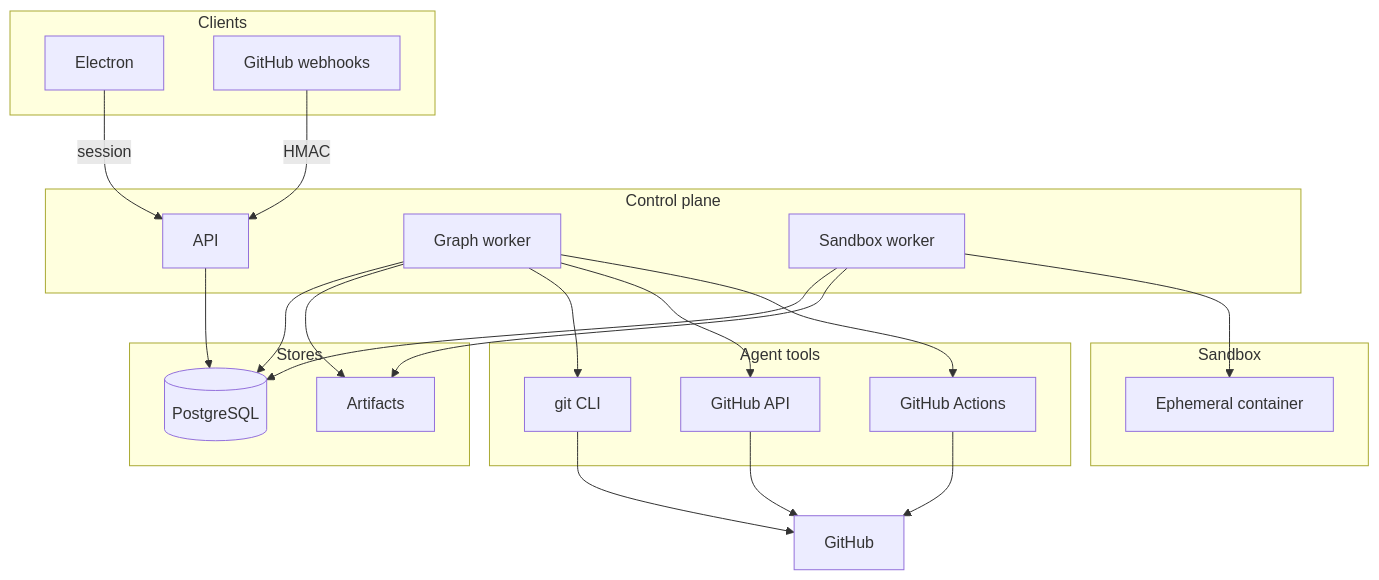
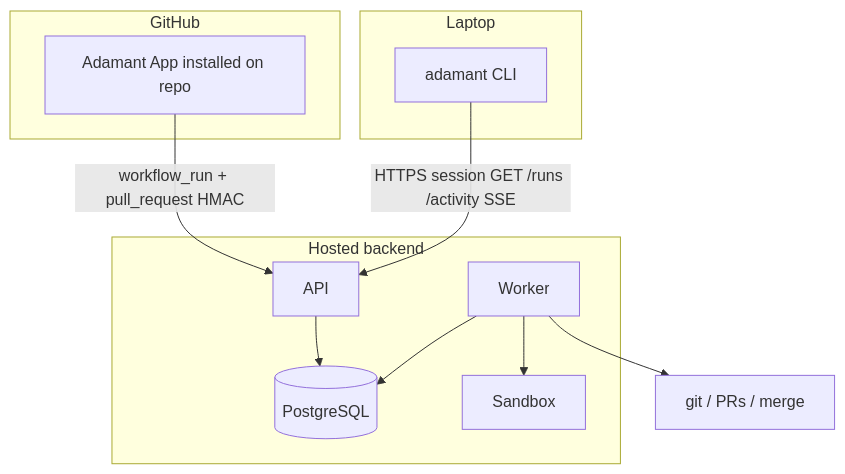
One commit to Yuvansh1234/adamant changed the first of 6 diagrams in docs/backend-architecture.md. Above: the diagram before and after it, drawn with Mermaid. The commit also changed other lines of this file and 11 other files, not shown here.

First line of the commit message:
Rewrite Phase 1 docs for a hosted App, CLI, and autonomous merge

````diff
--- a/docs/backend-architecture.md
+++ b/docs/backend-architecture.md
@@ -10,43 +10,24 @@
 ```mermaid
 flowchart TB
-  subgraph clients [Clients]
-    Electron[Electron]
-    Hooks[GitHub webhooks]
+  subgraph github [GitHub]
+    App[Adamant App installed on repo]
   end
 
-  subgraph controlPlane [Control plane]
+  subgraph hosted [Hosted backend]
     Api[API]
-    GraphWorker[Graph worker]
-    SandboxWorker[Sandbox worker]
+    Worker[Worker]
+    Pg[(PostgreSQL)]
+    Box[Sandbox]
   end
 
-  subgraph stores [Stores]
-    Pg[(PostgreSQL)]
-    Artifacts[Artifacts]
+  subgraph laptop [Laptop]
+    Cli[adamant CLI]
   end
 
-  subgraph tools [Agent tools]
-    GitCli[git CLI]
-    GhApi[GitHub API]
-    Actions[GitHub Actions]
-  end
-
-  subgraph isolation [Sandbox]
-    Box[Ephemeral container]
-  end
-
-  Electron -->|session| Api
-  Hooks -->|HMAC| Api
+  App -->|workflow_run + pull_request HMAC| Api
+  Cli -->|HTTPS session GET /runs /activity SSE| Api
   Api --> Pg
-  GraphWorker --> Pg
-  SandboxWorker --> Pg
-  GraphWorker --> Artifacts
-  SandboxWorker --> Artifacts
-  GraphWorker --> GitCli
-  GraphWorker --> GhApi
-  GraphWorker --> Actions
-  GitCli --> GitHub[GitHub]
-  GhApi --> GitHub
-  Actions --> GitHub
-  SandboxWorker --> Box
+  Worker --> Pg
+  Worker --> GitHub[git / PRs / merge]
+  Worker --> Box
 ```
````
